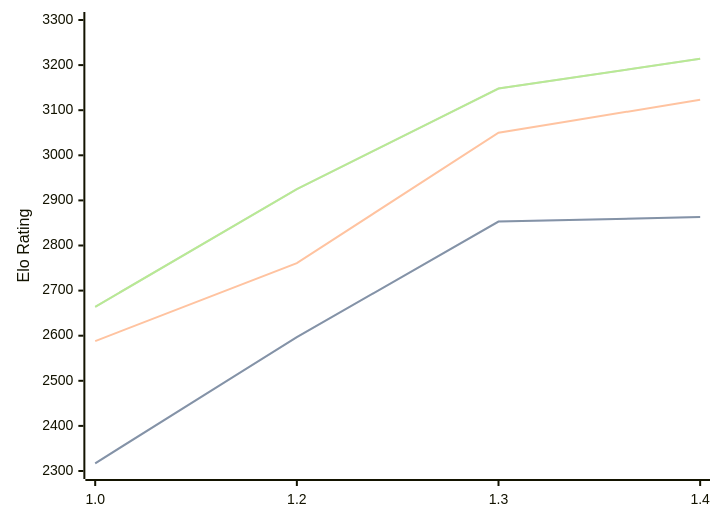
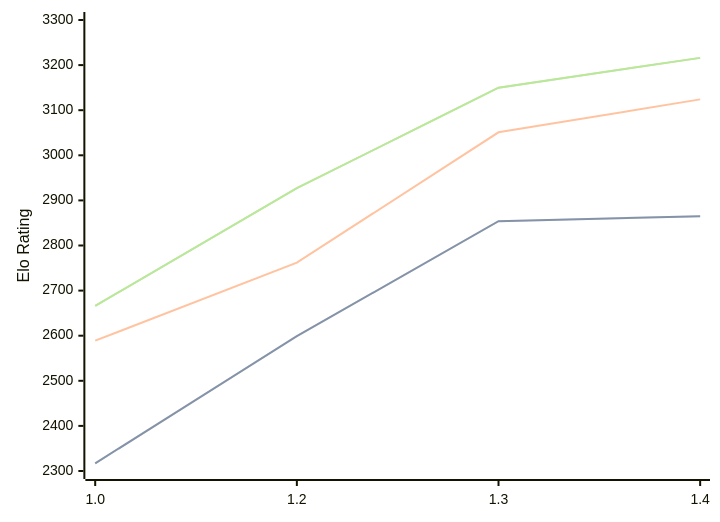
The diagram in engines/Chessnix.md (computer-chess-index/cci), drawn with Mermaid before and after one commit. The commit also changed other lines of this file, not shown here.

Commit message:
Update CCI Ratings (ELO VLTC) - 2026-06-11

````diff
--- a/engines/Chessnix.md
+++ b/engines/Chessnix.md
@@ -36,11 +36,11 @@
 ```mermaid
 %%{init: {"theme":"base","themeVariables":{"seriesColors:['#a3a3a3','#222221','#faa371']}}}%%
 xychart-beta
   x-axis ["1.0", "1.2", "1.3", "1.4"]
   y-axis "Elo Rating" 2300 --> 3300
-  line "STC (8.0+0.08s)" [2317, 2597, 2853, 2863]
-  line "STC (8.0+0.08s)" [2317, 2597, 2853, 2863]
-  line "LTC (60.0+0.60s)" [2588, 2761, 3050, 3123]
-  line "VLTC (2m24s+1.12s)" [2664, 2925, 3148, 3214]
-  line "VLTC (2m24s+1.12s)" [2664, 2925, 3148, 3214]
+  line "STC (8.0+0.08s)" [2317, 2599, 2854, 2865]
+  line "STC (8.0+0.08s)" [2317, 2599, 2854, 2865]
+  line "LTC (60.0+0.60s)" [2589, 2762, 3051, 3124]
+  line "VLTC (2m24s+1.12s)" [2666, 2927, 3150, 3216]
+  line "VLTC (2m24s+1.12s)" [2666, 2927, 3150, 3216]
 ```
````
